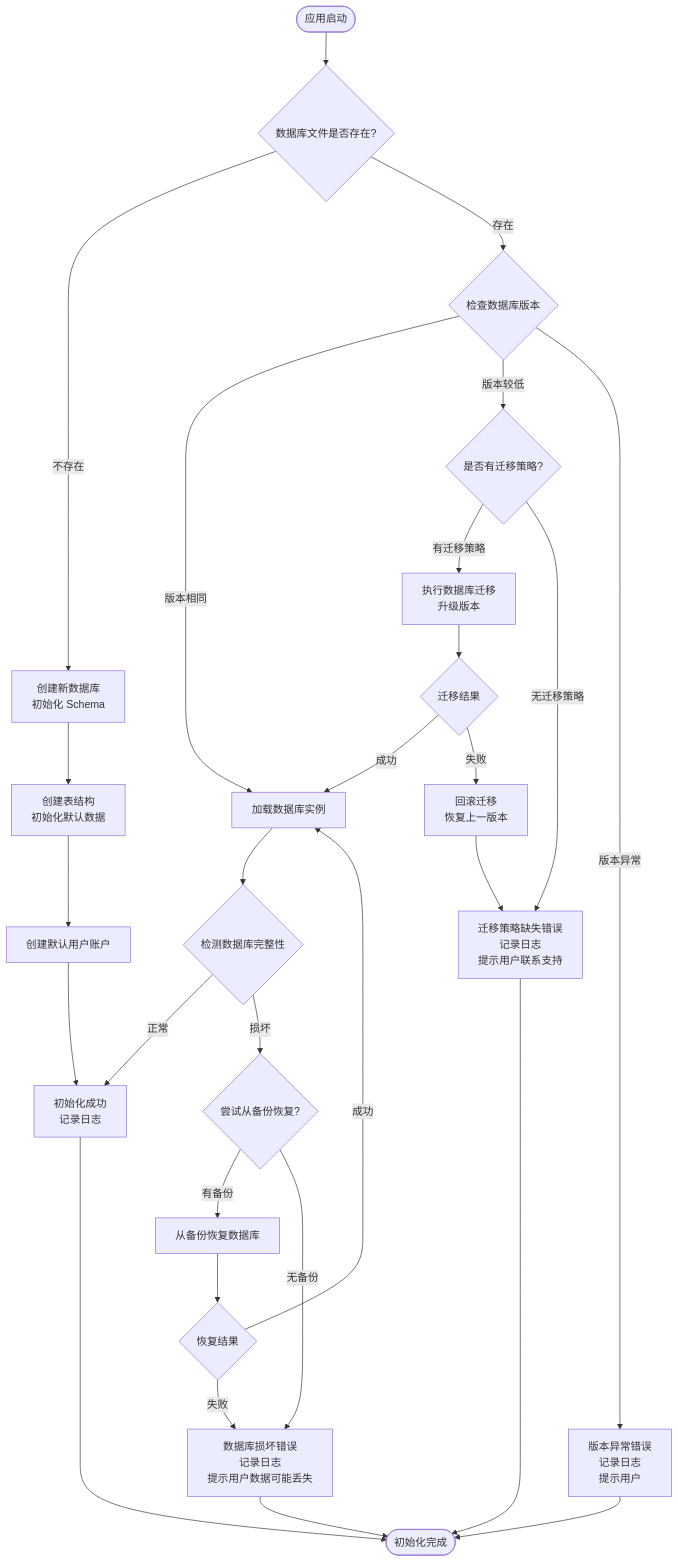
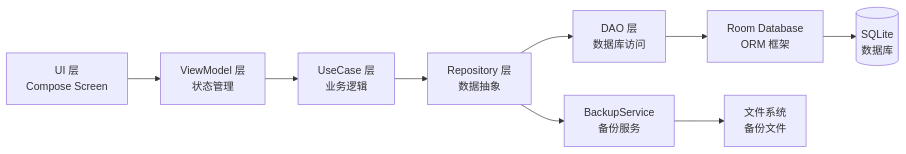
The third of 11 diagrams in specs/epics/EPIC-001-word-memory-app/features/FEAT-005-user-account-data/plan.md (jackykarma/Verity), drawn with Mermaid before and after one commit. The commit also changed other lines of this file and 20 other files, not shown here.

````diff
--- a/specs/epics/EPIC-001-word-memory-app/features/FEAT-005-user-account-data/plan.md
+++ b/specs/epics/EPIC-001-word-memory-app/features/FEAT-005-user-account-data/plan.md
@@ -316,38 +129,11 @@
 ```mermaid
-flowchart TD
-  Start([应用启动]) --> CheckDB{数据库文件是否存在?}
-  CheckDB -->|不存在| CreateDB[创建新数据库<br/>初始化 Schema]
-  CheckDB -->|存在| CheckVersion{检查数据库版本}
-  
-  CreateDB --> InitTables[创建表结构<br/>初始化默认数据]
-  InitTables --> CreateAccount[创建默认用户账户]
-  CreateAccount --> InitSuccess[初始化成功<br/>记录日志]
-  
-  CheckVersion -->|版本相同| LoadDB[加载数据库实例]
-  CheckVersion -->|版本较低| CheckMigration{是否有迁移策略?}
-  CheckVersion -->|版本异常| VersionError[版本异常错误<br/>记录日志<br/>提示用户]
-  
-  CheckMigration -->|有迁移策略| RunMigration[执行数据库迁移<br/>升级版本]
-  CheckMigration -->|无迁移策略| MigrationError[迁移策略缺失错误<br/>记录日志<br/>提示用户联系支持]
-  
-  RunMigration --> MigrationResult{迁移结果}
-  MigrationResult -->|成功| LoadDB
-  MigrationResult -->|失败| RollbackMigration[回滚迁移<br/>恢复上一版本]
-  RollbackMigration --> MigrationError
-  
-  LoadDB --> CheckCorruption{检测数据库完整性}
-  CheckCorruption -->|正常| InitSuccess
-  CheckCorruption -->|损坏| TryRestore{尝试从备份恢复?}
-  
-  TryRestore -->|有备份| RestoreBackup[从备份恢复数据库]
-  TryRestore -->|无备份| CorruptionError[数据库损坏错误<br/>记录日志<br/>提示用户数据可能丢失]
-  
-  RestoreBackup --> RestoreResult{恢复结果}
-  RestoreResult -->|成功| LoadDB
-  RestoreResult -->|失败| CorruptionError
-  
-  InitSuccess --> End([初始化完成])
-  VersionError --> End
-  MigrationError --> End
-  CorruptionError --> End
+flowchart LR
+  UI[UI 层<br/>Compose Screen] --> ViewModel[ViewModel 层<br/>状态管理]
+  ViewModel --> UseCase[UseCase 层<br/>业务逻辑]
+  UseCase --> Repository[Repository 层<br/>数据抽象]
+  Repository --> DAO[DAO 层<br/>数据库访问]
+  Repository --> BackupService[BackupService<br/>备份服务]
+  DAO --> Room[Room Database<br/>ORM 框架]
+  BackupService --> FileSystem[文件系统<br/>备份文件]
+  Room --> SQLite[(SQLite<br/>数据库)]
 ```
````
